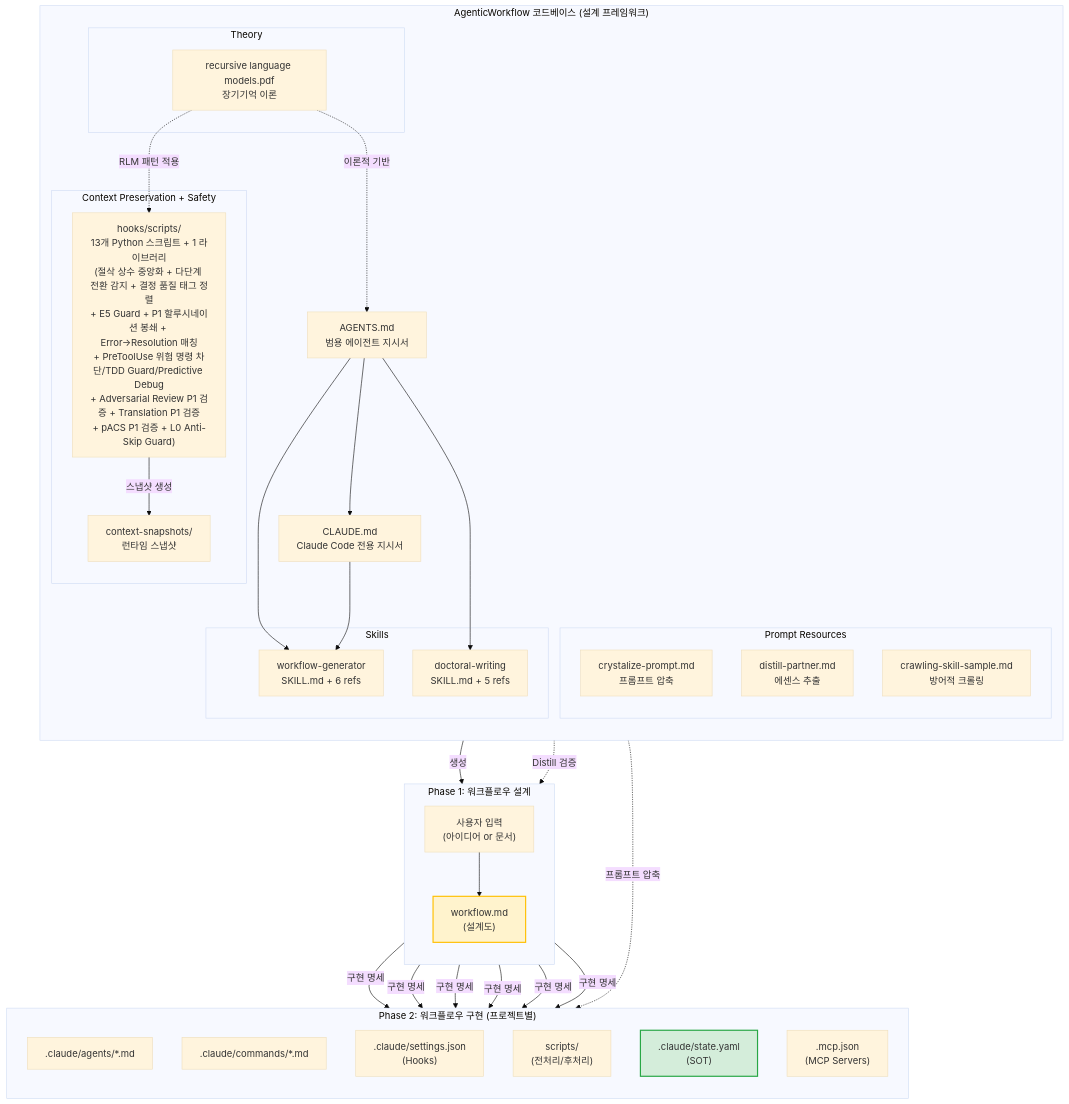
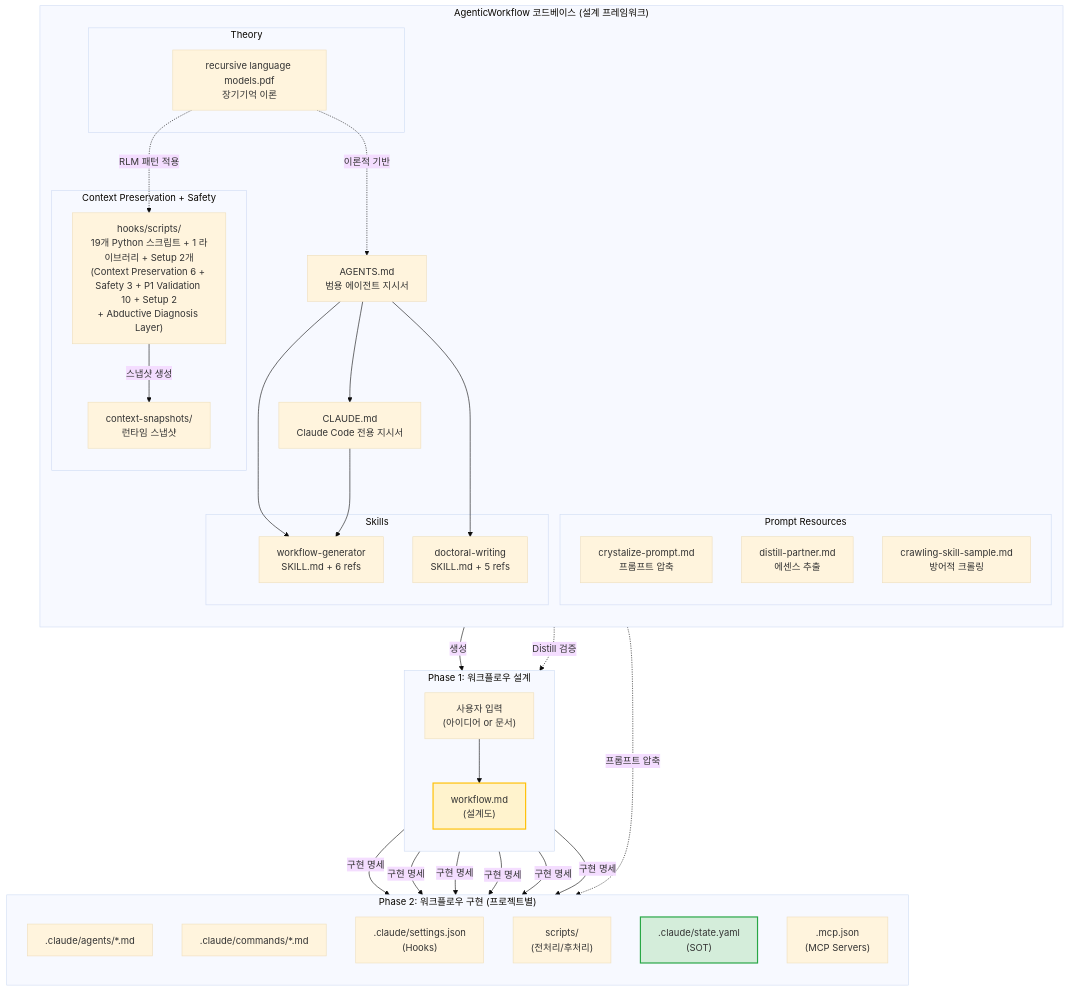
The third of 14 diagrams in AGENTICWORKFLOW-ARCHITECTURE-AND-PHILOSOPHY.md (oogisoogi/AgenticWorkflow), drawn with Mermaid (base theme) before and after one commit. The commit also changed other lines of this file and 3 other files, not shown here.

First line of the commit message:
docs: 4개 문서 전수조사 — Abductive Diagnosis + Predictive Debugging 반영

````diff
--- a/AGENTICWORKFLOW-ARCHITECTURE-AND-PHILOSOPHY.md
+++ b/AGENTICWORKFLOW-ARCHITECTURE-AND-PHILOSOPHY.md
@@ -232,66 +232,66 @@
 ```mermaid
 graph TB
     subgraph "AgenticWorkflow 코드베이스 (설계 프레임워크)"
         direction TB
         CLAUDE["CLAUDE.md<br/>Claude Code 전용 지시서"]
         AGENTS["AGENTS.md<br/>범용 에이전트 지시서"]
 
         subgraph "Skills"
             WG["workflow-generator<br/>SKILL.md + 6 refs"]
             DW["doctoral-writing<br/>SKILL.md + 5 refs"]
         end
 
         subgraph "Context Preservation + Safety"
-            CPS["hooks/scripts/<br/>13개 Python 스크립트 + 1 라이브러리<br/>(절삭 상수 중앙화 + 다단계 전환 감지 + 결정 품질 태그 정렬<br/>+ E5 Guard + P1 할루시네이션 봉쇄 + Error→Resolution 매칭<br/>+ PreToolUse 위험 명령 차단/TDD Guard/Predictive Debug<br/>+ Adversarial Review P1 검증 + Translation P1 검증<br/>+ pACS P1 검증 + L0 Anti-Skip Guard)"]
+            CPS["hooks/scripts/<br/>19개 Python 스크립트 + 1 라이브러리 + Setup 2개<br/>(Context Preservation 6 + Safety 3 + P1 Validation 10 + Setup 2<br/>+ Abductive Diagnosis Layer)"]
             CSS["context-snapshots/<br/>런타임 스냅샷"]
         end
 
         subgraph "Prompt Resources"
             CP["crystalize-prompt.md<br/>프롬프트 압축"]
             DP["distill-partner.md<br/>에센스 추출"]
             CS["crawling-skill-sample.md<br/>방어적 크롤링"]
         end
 
         subgraph "Theory"
             RLM["recursive language models.pdf<br/>장기기억 이론"]
         end
 
         AGENTS --> CLAUDE
         AGENTS --> WG
         AGENTS --> DW
         CLAUDE --> WG
         RLM -.->|"이론적 기반"| AGENTS
         RLM -.->|"RLM 패턴 적용"| CPS
         CPS -->|"스냅샷 생성"| CSS
     end
 
     subgraph "Phase 1: 워크플로우 설계"
         direction TB
         USER_INPUT["사용자 입력<br/>(아이디어 or 문서)"]
         WF["workflow.md<br/>(설계도)"]
         USER_INPUT --> WF
     end
 
     subgraph "Phase 2: 워크플로우 구현 (프로젝트별)"
         direction TB
         AG[".claude/agents/*.md"]
         CMD[".claude/commands/*.md"]
         HK[".claude/settings.json<br/>(Hooks)"]
         SC["scripts/<br/>(전처리/후처리)"]
         SOT[".claude/state.yaml<br/>(SOT)"]
         MCP[".mcp.json<br/>(MCP Servers)"]
     end
 
     WG -->|"생성"| WF
     DP -.->|"Distill 검증"| WF
     CP -.->|"프롬프트 압축"| AG
     WF -->|"구현 명세"| AG
     WF -->|"구현 명세"| CMD
     WF -->|"구현 명세"| HK
     WF -->|"구현 명세"| SC
     WF -->|"구현 명세"| SOT
     WF -->|"구현 명세"| MCP
 
     style WF fill:#fff3cd,stroke:#ffc107,stroke-width:2px
     style SOT fill:#d4edda,stroke:#28a745,stroke-width:2px
 ```
````
